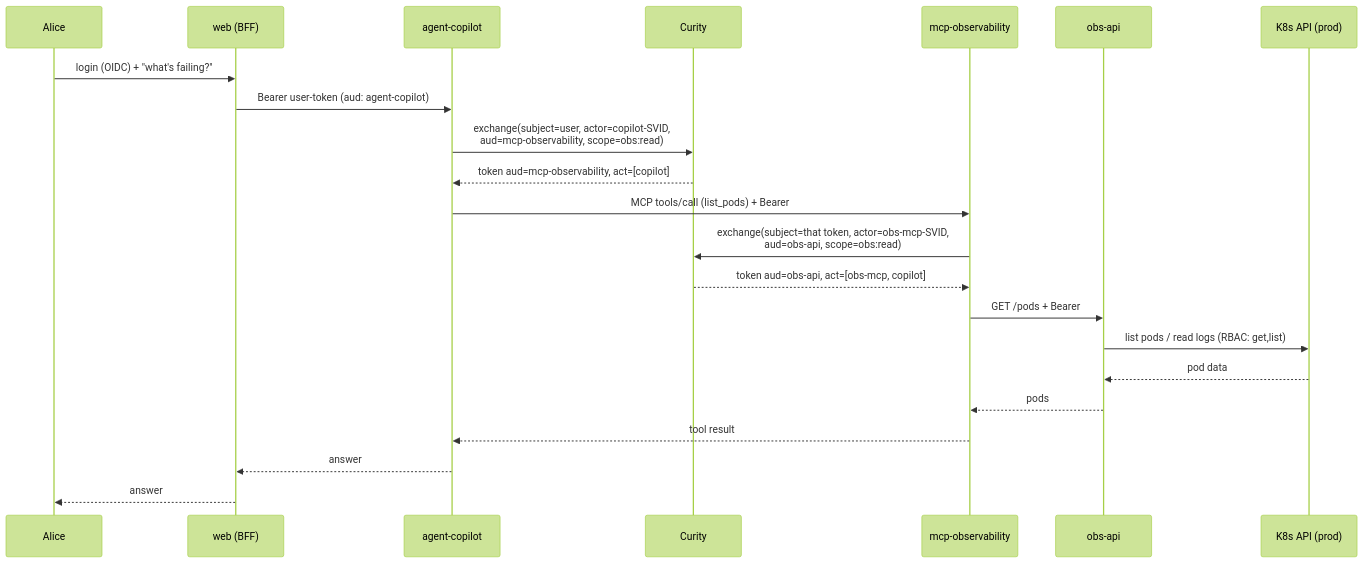
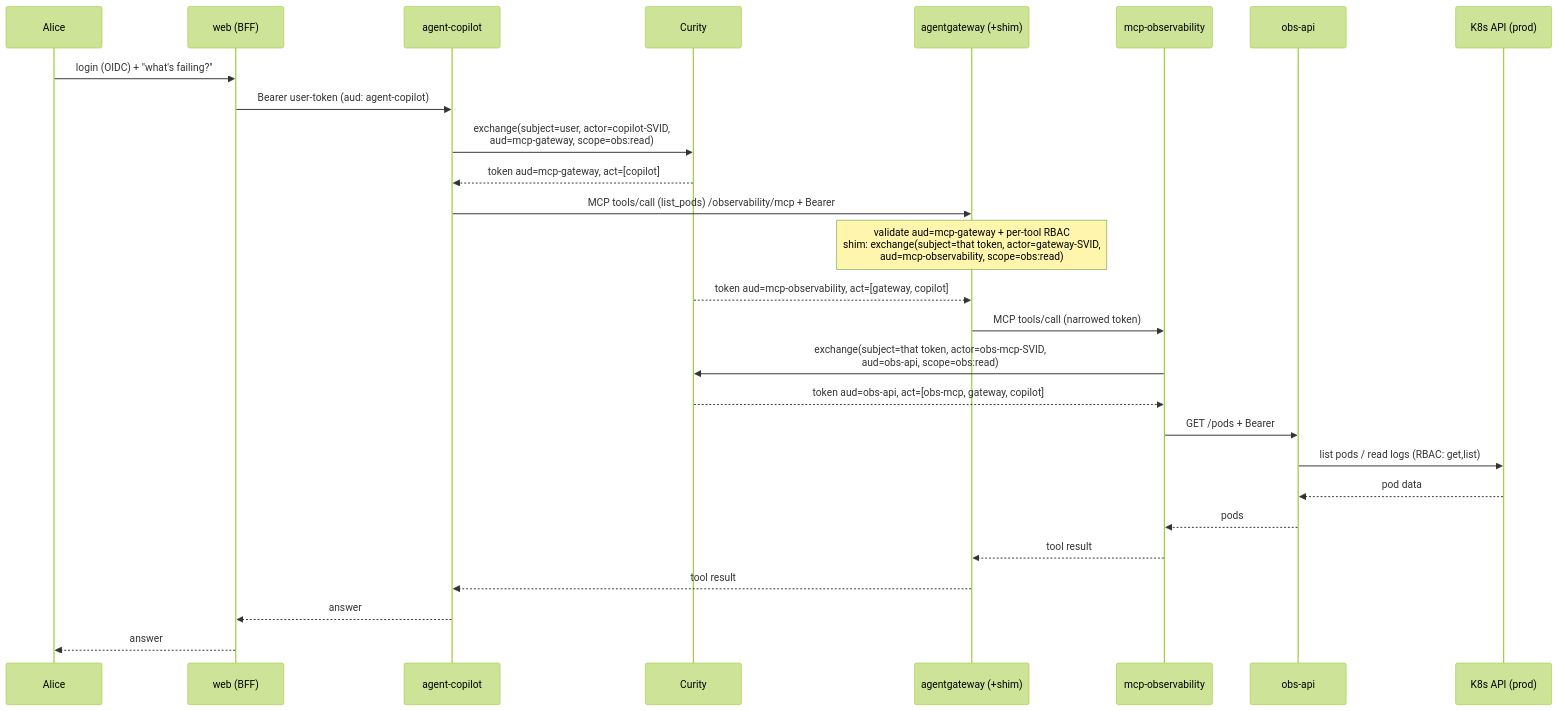
One commit to curityio/ai-agents-auth-demo changed the second of 4 diagrams in docs/architecture.md. Above: the diagram before and after it, drawn with Mermaid (forest theme). The commit also changed other lines of this file and 5 other files, not shown here.

First line of the commit message:
test(smoke): assert gateway hop + per-tool role split; docs: agentgateway topology

````diff
--- a/docs/architecture.md
+++ b/docs/architecture.md
@@ -175,25 +175,30 @@
 ```mermaid
 sequenceDiagram
     participant U as Alice
     participant W as web (BFF)
     participant A1 as agent-copilot
     participant Cu as Curity
+    participant GW as agentgateway (+shim)
     participant M1 as mcp-observability
     participant B1 as obs-api
     participant K as K8s API (prod)
 
     U->>W: login (OIDC) + "what's failing?"
     W->>A1: Bearer user-token (aud: agent-copilot)
-    A1->>Cu: exchange(subject=user, actor=copilot-SVID,<br/>aud=mcp-observability, scope=obs:read)
-    Cu-->>A1: token aud=mcp-observability, act=[copilot]
-    A1->>M1: MCP tools/call (list_pods) + Bearer
+    A1->>Cu: exchange(subject=user, actor=copilot-SVID,<br/>aud=mcp-gateway, scope=obs:read)
+    Cu-->>A1: token aud=mcp-gateway, act=[copilot]
+    A1->>GW: MCP tools/call (list_pods) /observability/mcp + Bearer
+    Note over GW: validate aud=mcp-gateway + per-tool RBAC<br/>shim: exchange(subject=that token, actor=gateway-SVID,<br/>aud=mcp-observability, scope=obs:read)
+    Cu-->>GW: token aud=mcp-observability, act=[gateway, copilot]
+    GW->>M1: MCP tools/call (narrowed token)
     M1->>Cu: exchange(subject=that token, actor=obs-mcp-SVID,<br/>aud=obs-api, scope=obs:read)
-    Cu-->>M1: token aud=obs-api, act=[obs-mcp, copilot]
+    Cu-->>M1: token aud=obs-api, act=[obs-mcp, gateway, copilot]
     M1->>B1: GET /pods + Bearer
     B1->>K: list pods / read logs (RBAC: get,list)
     K-->>B1: pod data
     B1-->>M1: pods
-    M1-->>A1: tool result
+    M1-->>GW: tool result
+    GW-->>A1: tool result
     A1-->>W: answer
     W-->>U: answer
 ```
````
